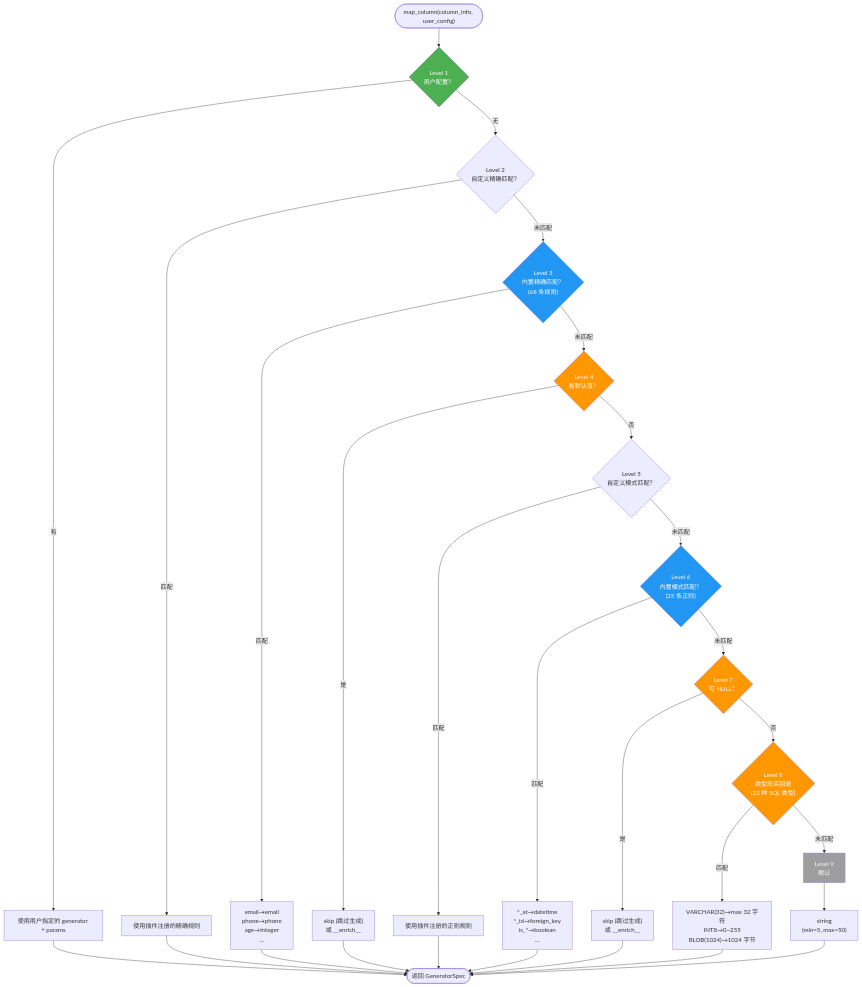
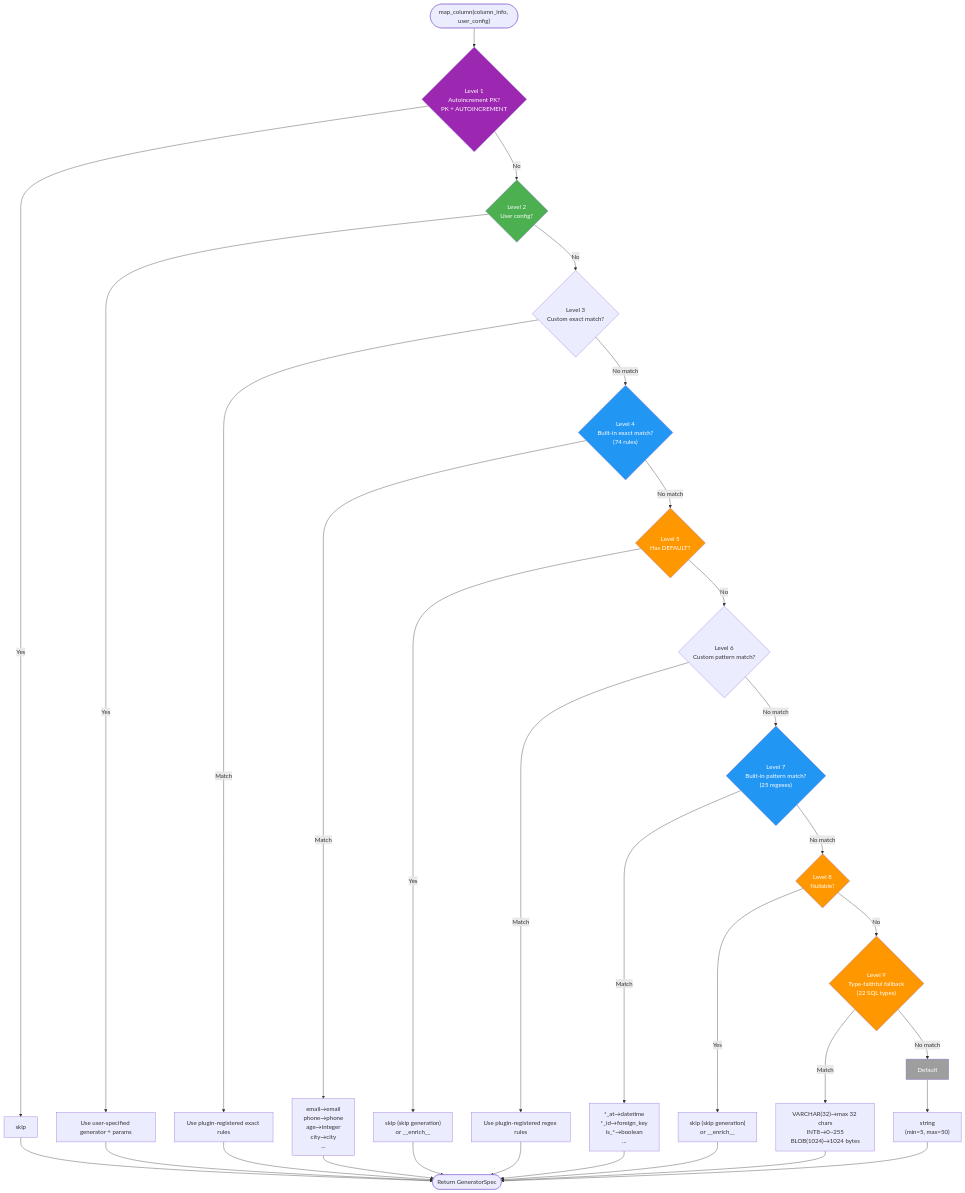
Before and after one commit to sunbos/sqlseed: the third of 10 diagrams in docs/architecture.md, drawn with Mermaid. The commit also changed other lines of this file and 23 other files, not shown here.

````diff
--- a/docs/architecture.md
+++ b/docs/architecture.md
@@ -188,48 +190,53 @@
 ```mermaid
 flowchart TD
     Start(["map_column(column_info, user_config)"]) --> L1
 
-    L1{"Level 1<br/>用户配置？"} -->|有| R1["使用用户指定的 generator + params"]
-    L1 -->|无| L2
+    L1{"Level 1<br/>Autoincrement PK?<br/>PK + AUTOINCREMENT"} -->|Yes| R1["skip"]
+    L1 -->|No| L2
 
-    L2{"Level 2<br/>自定义精确匹配？"} -->|匹配| R2["使用插件注册的精确规则"]
-    L2 -->|未匹配| L3
+    L2{"Level 2<br/>User config?"} -->|Yes| R2["Use user-specified generator + params"]
+    L2 -->|No| L3
 
-    L3{"Level 3<br/>内置精确匹配？<br/>(68 条规则)"} -->|匹配| R3["email→email<br/>phone→phone<br/>age→integer<br/>..."]
-    L3 -->|未匹配| L4
+    L3{"Level 3<br/>Custom exact match?"} -->|Match| R3["Use plugin-registered exact rules"]
+    L3 -->|No match| L4
 
-    L4{"Level 4<br/>有默认值？"} -->|是| R4["skip (跳过生成)<br/>或 __enrich__"]
-    L4 -->|否| L5
+    L4{"Level 4<br/>Built-in exact match?<br/>(74 rules)"} -->|Match| R4["email→email<br/>phone→phone<br/>age→integer<br/>city→city<br/>..."]
+    L4 -->|No match| L5
 
-    L5{"Level 5<br/>自定义模式匹配？"} -->|匹配| R5["使用插件注册的正则规则"]
-    L5 -->|未匹配| L6
+    L5{"Level 5<br/>Has DEFAULT?"} -->|Yes| R5["skip (skip generation)<br/>or __enrich__"]
+    L5 -->|No| L6
 
-    L6{"Level 6<br/>内置模式匹配？<br/>(25 条正则)"} -->|匹配| R6["*_at→datetime<br/>*_id→foreign_key<br/>is_*→boolean<br/>..."]
-    L6 -->|未匹配| L7
+    L6{"Level 6<br/>Custom pattern match?"} -->|Match| R6["Use plugin-registered regex rules"]
+    L6 -->|No match| L7
 
-    L7{"Level 7<br/>可 NULL？"} -->|是| R7["skip (跳过生成)<br/>或 __enrich__"]
-    L7 -->|否| L8
+    L7{"Level 7<br/>Built-in pattern match?<br/>(25 regexes)"} -->|Match| R7["*_at→datetime<br/>*_id→foreign_key<br/>is_*→boolean<br/>..."]
+    L7 -->|No match| L8
 
-    L8{"Level 8<br/>类型忠实回退<br/>(22 种 SQL 类型)"} -->|匹配| R8["VARCHAR(32)→max 32 字符<br/>INT8→0~255<br/>BLOB(1024)→1024 字节"]
-    L8 -->|未匹配| L9
+    L8{"Level 8<br/>Nullable?"} -->|Yes| R8["skip (skip generation)<br/>or __enrich__"]
+    L8 -->|No| L9
 
-    L9["Level 9<br/>默认"] --> R9["string<br/>(min=5, max=50)"]
+    L9{"Level 9<br/>Type-faithful fallback<br/>(22 SQL types)"} -->|Match| R9["VARCHAR(32)→max 32 chars<br/>INT8→0~255<br/>BLOB(1024)→1024 bytes"]
+    L9 -->|No match| L10
 
-    R1 --> Done(["返回 GeneratorSpec"])
+    L10["Default"] --> R10["string<br/>(min=5, max=50)"]
+
+    R1 --> Done(["Return GeneratorSpec"])
     R2 --> Done
     R3 --> Done
     R4 --> Done
     R5 --> Done
     R6 --> Done
     R7 --> Done
     R8 --> Done
     R9 --> Done
+    R10 --> Done
 
-    style L1 fill:#4CAF50,color:#fff
-    style L3 fill:#2196F3,color:#fff
-    style L4 fill:#FF9800,color:#fff
-    style L6 fill:#2196F3,color:#fff
-    style L7 fill:#FF9800,color:#fff
+    style L1 fill:#9C27B0,color:#fff
+    style L2 fill:#4CAF50,color:#fff
+    style L4 fill:#2196F3,color:#fff
+    style L5 fill:#FF9800,color:#fff
+    style L7 fill:#2196F3,color:#fff
     style L8 fill:#FF9800,color:#fff
-    style L9 fill:#9E9E9E,color:#fff
+    style L9 fill:#FF9800,color:#fff
+    style L10 fill:#9E9E9E,color:#fff
 ```
````
